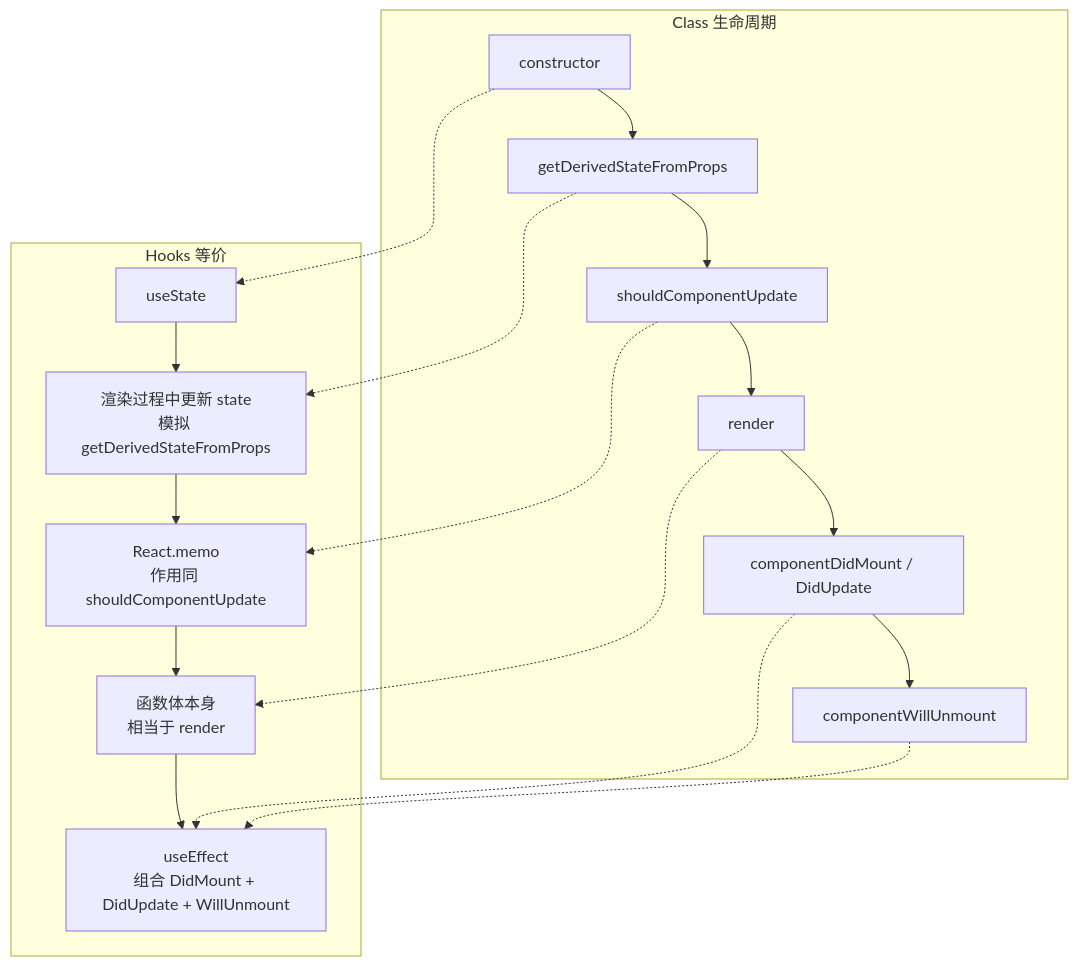
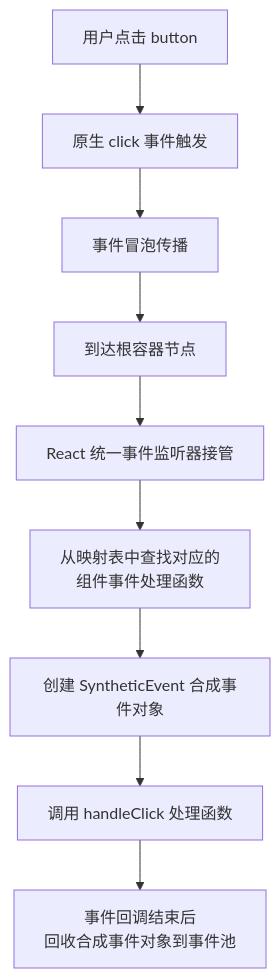
Before and after one commit to KMaybe01/common: the fifth of 21 diagrams in 00-基础常识/05-React-详解版.md, drawn with Mermaid. The commit also changed other lines of this file and 10 other files, not shown here.

````diff
--- a/00-基础常识/05-React-详解版.md
+++ b/00-基础常识/05-React-详解版.md
@@ -729,24 +322,11 @@
 ```mermaid
 flowchart TD
-    subgraph Class 生命周期
-        C1["constructor"] --> C2["getDerivedStateFromProps"]
-        C2 --> C3["shouldComponentUpdate"]
-        C3 --> C4["render"]
-        C4 --> C5["componentDidMount / DidUpdate"]
-        C5 --> C6["componentWillUnmount"]
-    end
-    
-    subgraph Hooks 等价
-        H1["useState"] --> H2["渲染过程中更新 state\n模拟 getDerivedStateFromProps"]
-        H2 --> H3["React.memo\n作用同 shouldComponentUpdate"]
-        H3 --> H4["函数体本身\n相当于 render"]
-        H4 --> H5["useEffect\n组合 DidMount + DidUpdate + WillUnmount"]
-    end
-    
-    C1 -.-> H1
-    C2 -.-> H2
-    C3 -.-> H3
-    C4 -.-> H4
-    C5 -.-> H5
-    C6 -.-> H5
+    A["用户点击 button"] --> B["原生 click 事件触发"]
+    B --> C["事件冒泡传播"]
+    C --> D["到达根容器节点"]
+    D --> E["React 统一事件监听器接管"]
+    E --> F["从映射表中查找对应的<br/>组件事件处理函数"]
+    F --> G["创建 SyntheticEvent 合成事件对象"]
+    G --> H["调用 handleClick 处理函数"]
+    H --> I["事件回调结束后<br/>回收合成事件对象到事件池"]
 ```
````
